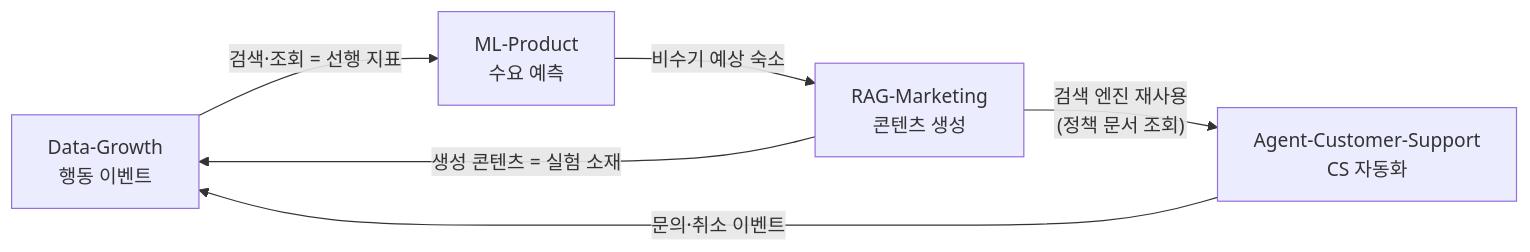
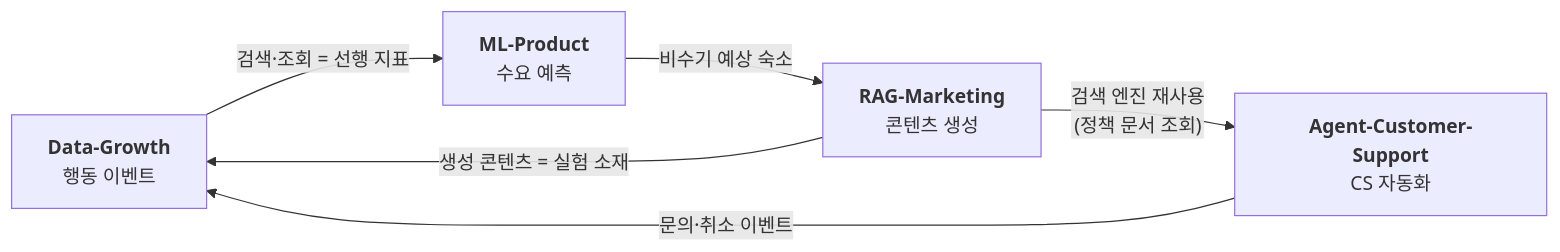
The diagram in README.md (MoonSuhyeon/MoonSuhyeon), drawn with Mermaid before and after one commit. The commit also changed other lines of this file, not shown here.

````diff
--- a/README.md
+++ b/README.md
@@ -75,8 +26,8 @@
 ```mermaid
 flowchart LR
-    DG["Data-Growth<br/>행동 이벤트"] -->|"검색·조회 = 선행 지표"| ML["ML-Product<br/>수요 예측"]
-    ML -->|"비수기 예상 숙소"| RM["RAG-Marketing<br/>콘텐츠 생성"]
+    DG["<b>Data-Growth</b><br/>행동 이벤트"] -->|"검색·조회 = 선행 지표"| ML["<b>ML-Product</b><br/>수요 예측"]
+    ML -->|"비수기 예상 숙소"| RM["<b>RAG-Marketing</b><br/>콘텐츠 생성"]
     RM -->|"생성 콘텐츠 = 실험 소재"| DG
-    RM -->|"검색 엔진 재사용<br/>(정책 문서 조회)"| AG["Agent-Customer-Support<br/>CS 자동화"]
+    RM -->|"검색 엔진 재사용<br/>(정책 문서 조회)"| AG["<b>Agent-Customer-Support</b><br/>CS 자동화"]
     AG -->|"문의·취소 이벤트"| DG
 ```
````
